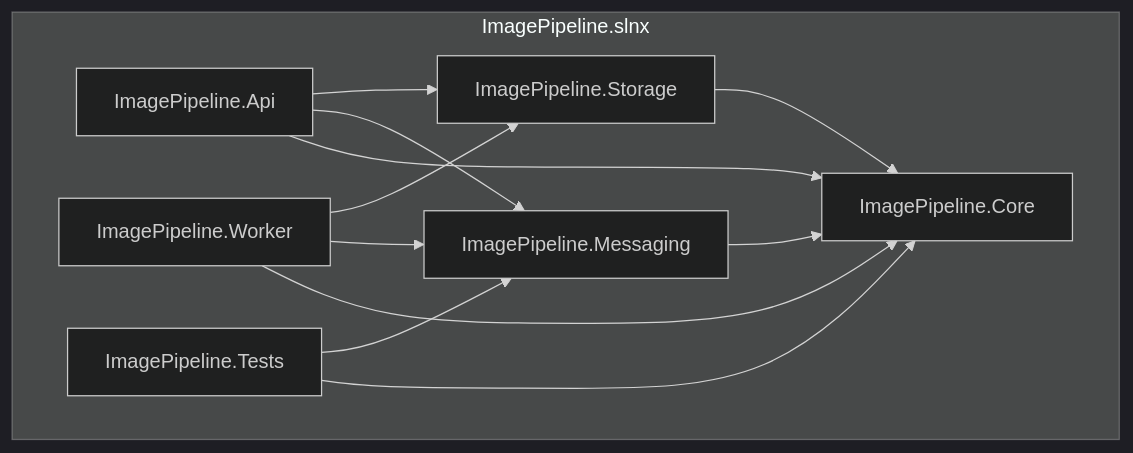
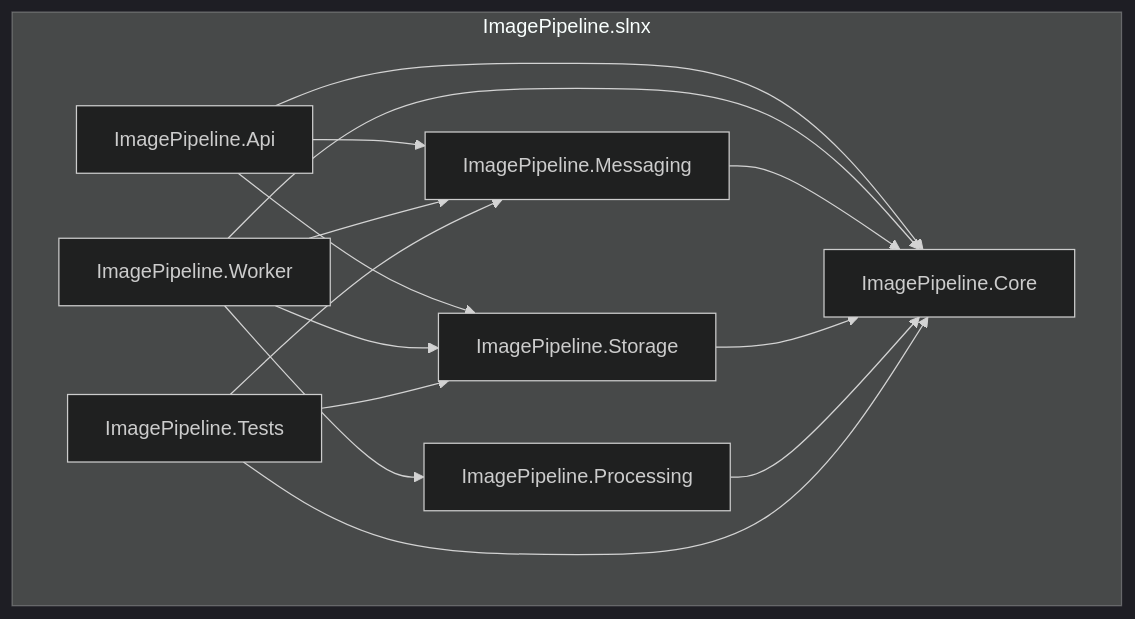
Before and after one commit to Padintong/image-processing-pipeline: the second of 2 diagrams in README.md, drawn with Mermaid (dark theme). The commit also changed other lines of this file, not shown here.

Commit message:
docs: restore README Background section (truncated by CRLF bug)

````diff
--- a/README.md
+++ b/README.md
@@ -38,21 +38,25 @@
 ```mermaid
 flowchart TD
     subgraph sln[ImagePipeline.slnx]
         Api[ImagePipeline.Api]
         Worker[ImagePipeline.Worker]
         Messaging[ImagePipeline.Messaging]
         Storage[ImagePipeline.Storage]
+        Processing[ImagePipeline.Processing]
         Core[ImagePipeline.Core]
         Tests[ImagePipeline.Tests]
     end
     Api --> Core
     Api --> Messaging
     Api --> Storage
     Worker --> Core
     Worker --> Messaging
     Worker --> Storage
+    Worker --> Processing
     Messaging --> Core
     Storage --> Core
+    Processing --> Core
     Tests --> Core
     Tests --> Messaging
+    Tests --> Storage
 ```
````
